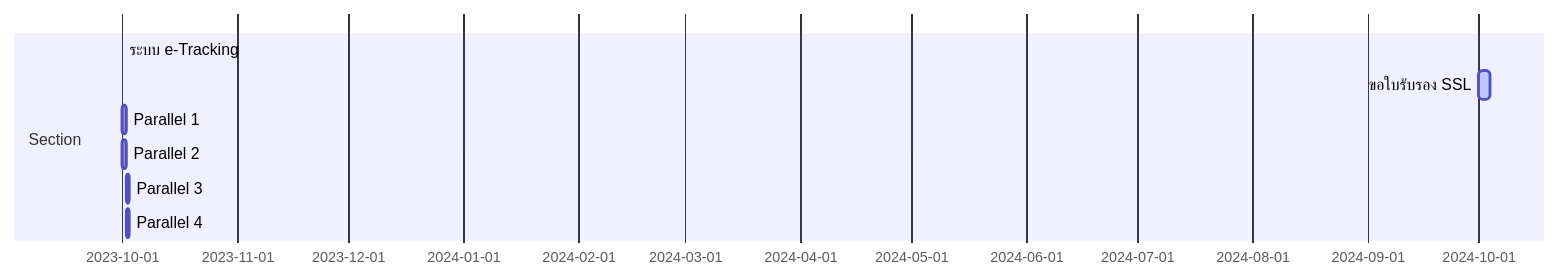
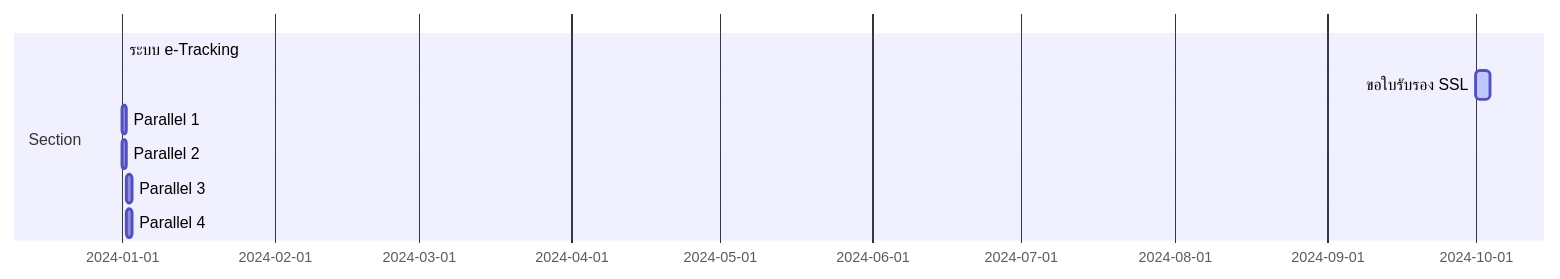
The diagram in README.md (Kietpawpan/e-tracking), drawn with Mermaid before and after one commit.

````diff
--- a/README.md
+++ b/README.md
@@ -6,10 +6,10 @@
 ```mermaid
 gantt
     section Section
-    ระบบ e-Tracking :done,    des1, 2023-10-01,2024-01-30
+    ระบบ e-Tracking :done,    des1, 2024-01-01,2024-01-30
     ขอใบรับรอง SSL        :active,  des2, 2024-10-01, 3d
     Parallel 1   :         des3, after des1, 1d
     Parallel 2   :         des4, after des1, 1d
     Parallel 3   :         des5, after des3, 1d
     Parallel 4   :         des6, after des4, 1d
 ```
````
